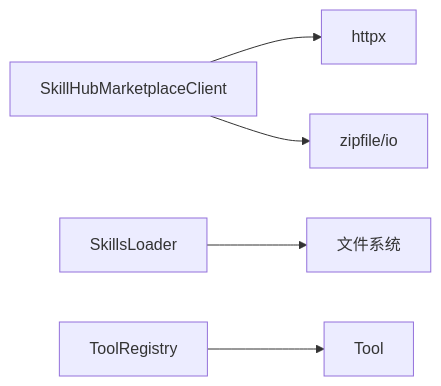
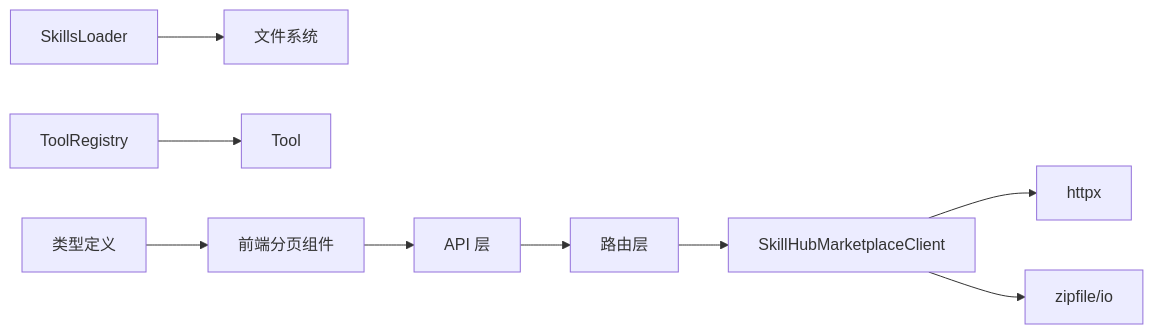
Before and after one commit to 757607106/nanobot: the eighth of 8 diagrams in .qoder/repowiki/zh/content/技能系统/技能系统.md, drawn with Mermaid. The commit also changed other lines of this file and 60 other files, not shown here.

````diff
--- a/.qoder/repowiki/zh/content/技能系统/技能系统.md
+++ b/.qoder/repowiki/zh/content/技能系统/技能系统.md
@@ -299,7 +401,11 @@
 ```mermaid
 graph LR
 MH["SkillHubMarketplaceClient"] --> HTTPX["httpx"]
 MH --> ZIP["zipfile/io"]
 LOADER["SkillsLoader"] --> FS["文件系统"]
 REGISTRY["ToolRegistry"] --> TOOL["Tool"]
+ROUTER["路由层"] --> MH
+API["API 层"] --> ROUTER
+PAGE["前端分页组件"] --> API
+TYPES["类型定义"] --> PAGE
 ```
````
